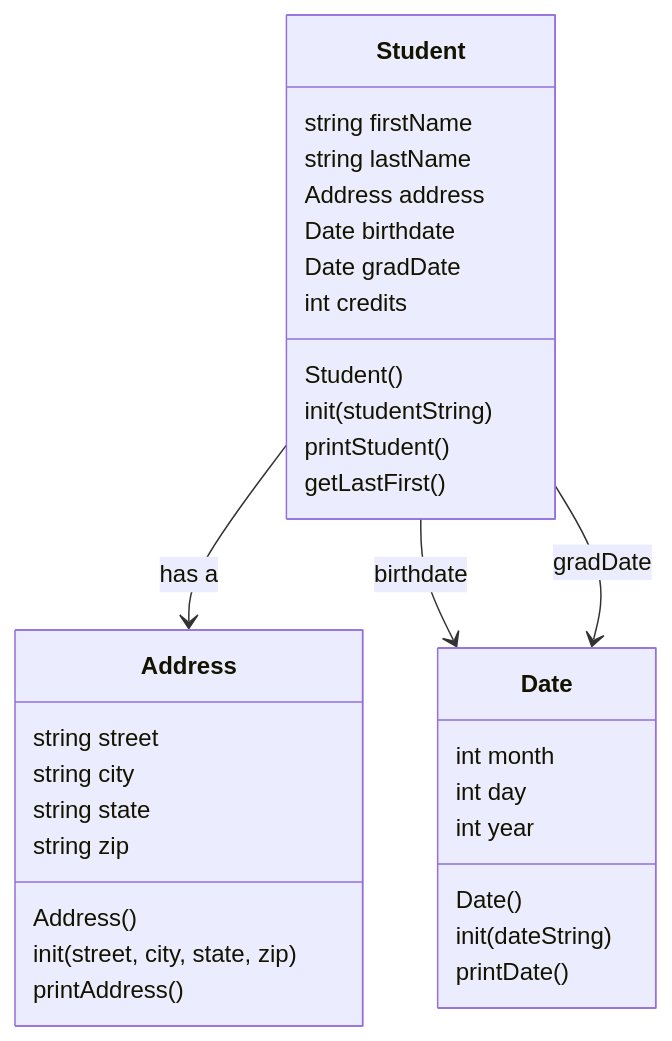
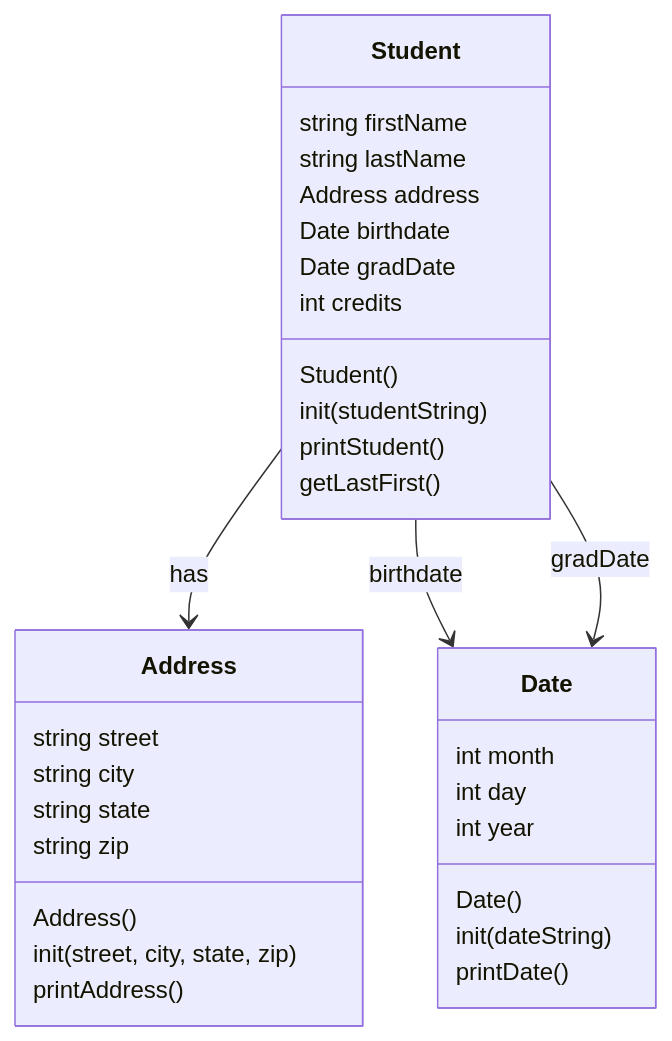
One commit to JosephK100/Heap-of-Students-Part-1 changed the diagram in README.md. Above: the diagram before and after it, drawn with Mermaid. The commit also changed other lines of this file, not shown here.

````diff
--- a/README.md
+++ b/README.md
@@ -3,38 +3,38 @@
 ```mermaid
 classDiagram
     class Address {
         string street
         string city
         string state
         string zip
         Address()
         init(street, city, state, zip)
         printAddress()
     }
 
     class Date {
         int month
         int day
         int year
         Date()
         init(dateString)
         printDate()
     }
 
     class Student {
         string firstName
         string lastName
         Address address
         Date birthdate
         Date gradDate
         int credits
         Student()
         init(studentString)
         printStudent()
         getLastFirst()
     }
 
-    Student --> Address : has a
+    Student --> Address : has
     Student --> Date : birthdate
     Student --> Date : gradDate
 ```
````
